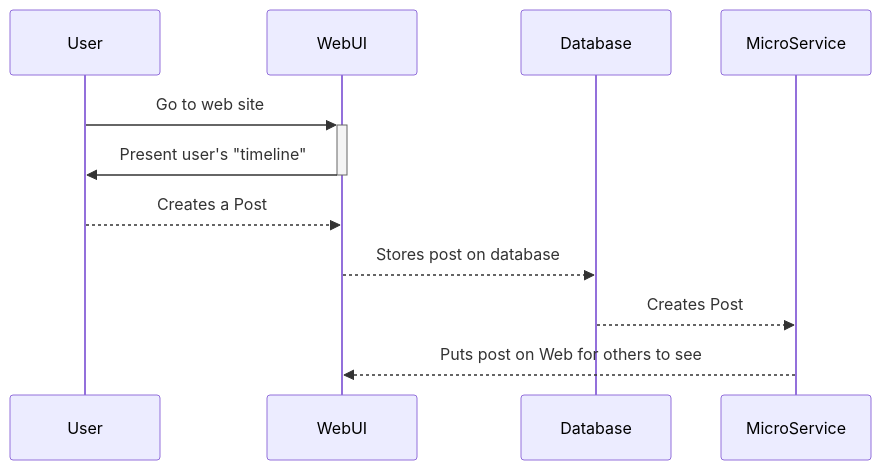
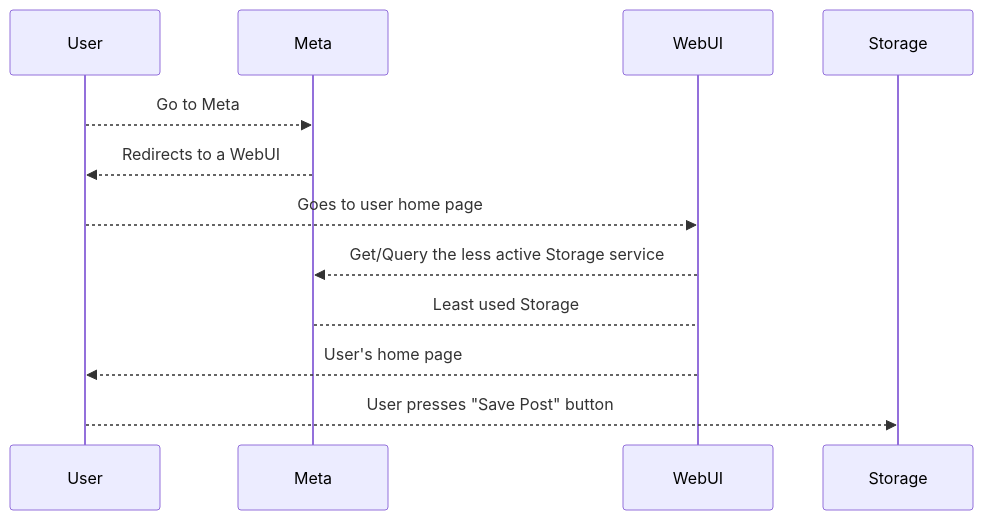
One commit to LiamBoz/ClapTrap changed the first of 3 diagrams in Requirements.md. Above: the diagram before and after it, drawn with Mermaid. The commit also changed other lines of this file, not shown here.

Commit message:
ClapTrapUpdates

````diff
--- a/Requirements.md
+++ b/Requirements.md
@@ -65,9 +68,14 @@
 ```mermaid
 sequenceDiagram
-  User->>+WebUI: Go to web site
-  WebUI->>-User: Present user's "timeline"
-  User-->>WebUI: Creates a Post
-  WebUI-->>Database: Stores post on database
-  Database-->>MicroService: Creates Post
-  MicroService-->>WebUI: Puts post on Web for others to see 
+  User-->>Meta: Go to Meta
+  Meta-->>User: Redirects to a WebUI
+  User-->>WebUI: Goes to user home page
+
+  WebUI-->>Meta: Get/Query the less active Storage service
+  Meta-->WebUI: Least used Storage
+
+  WebUI-->>User: User's home page
+
+  User-->>Storage: User presses "Save Post" button
+
 ```
````
